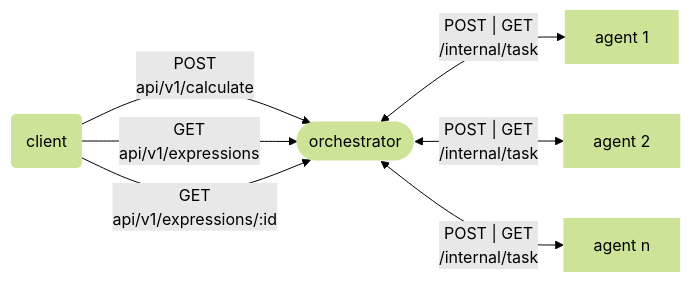
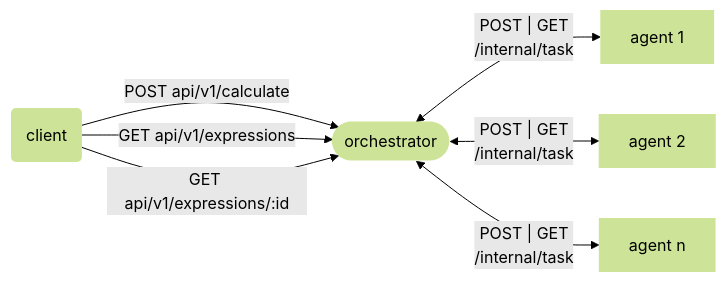
Before and after one commit to jaam8/web_calculator: the diagram in README.md, drawn with Mermaid (forest theme).

````diff
--- a/README.md
+++ b/README.md
@@ -17,10 +17,10 @@
 ```mermaid
 graph LR
    classDef elem stroke-width:0px;
-   C(client):::elem -->|POST\n api/v1/calculate| O([orchestrator]):::elem
-   C -->|GET\n api/v1/expressions| O
-   C -->|GET\n api/v1/expressions/:id| O
-   O <-->|"POST | GET\n" /internal/task| A1[agent 1]:::elem
-   O <-->|"POST | GET\n" /internal/task| A2[agent 2]:::elem
-   O <-->|"POST | GET\n" /internal/task| A3[agent n]:::elem
+   C(client):::elem -->|POST api/v1/calculate| O([orchestrator]):::elem
+   C -->|GET api/v1/expressions| O
+   C -->|"GET api/v1/expressions/:id "| O
+   O <-->|"POST | GET<br>" /internal/task| A1[agent 1]:::elem
+   O <-->|"POST | GET<br>" /internal/task| A2[agent 2]:::elem
+   O <-->|"POST | GET<br>" /internal/task| A3[agent n]:::elem
 ```
````
